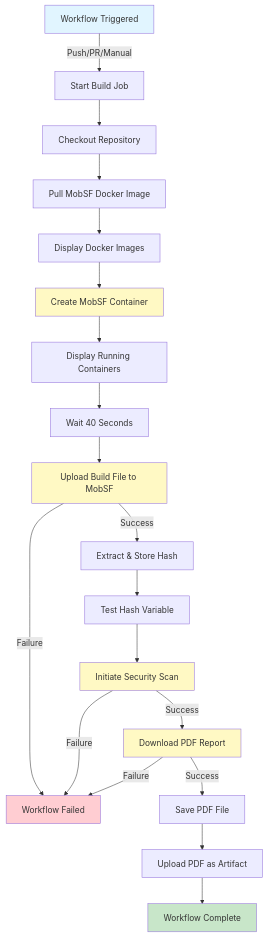
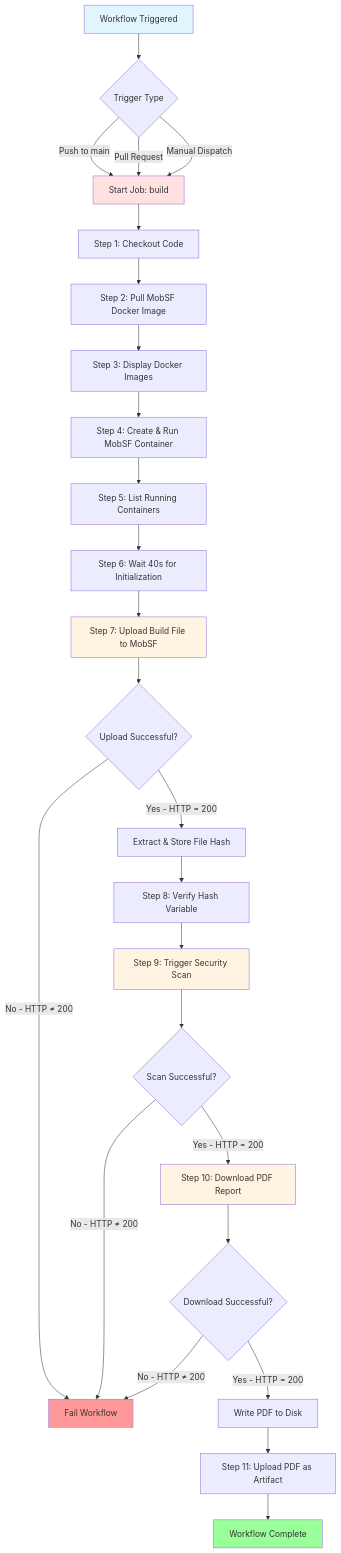
One commit to vinijmoura/yml-generate-documentation changed the second of 2 diagrams in docs/workflows/scan-build-mobsf.md. Above: the diagram before and after it, drawn with Mermaid. The commit also changed other lines of this file, not shown here.

Commit message:
docs: Refresh workflow documentation

````diff
--- a/docs/workflows/scan-build-mobsf.md
+++ b/docs/workflows/scan-build-mobsf.md
@@ -345,29 +355,41 @@
    ```mermaid
    flowchart TD
-       A[Workflow Triggered] -->|Push/PR/Manual| B[Start Build Job]
-       B --> C[Checkout Repository]
-       C --> D[Pull MobSF Docker Image]
-       D --> E[Display Docker Images]
-       E --> F[Create MobSF Container]
-       F --> G[Display Running Containers]
-       G --> H[Wait 40 Seconds]
-       H --> I[Upload Build File to MobSF]
-       I -->|Success| J[Extract & Store Hash]
-       I -->|Failure| Z[Workflow Failed]
-       J --> K[Test Hash Variable]
-       K --> L[Initiate Security Scan]
-       L -->|Success| M[Download PDF Report]
-       L -->|Failure| Z
-       M -->|Success| N[Save PDF File]
-       M -->|Failure| Z
-       N --> O[Upload PDF as Artifact]
-       O --> P[Workflow Complete]
+       A[Workflow Triggered] --> B{Trigger Type}
+       B -->|Push to main| C[Start Job: build]
+       B -->|Pull Request| C
+       B -->|Manual Dispatch| C
+
+       C --> D[Step 1: Checkout Code]
+       D --> E[Step 2: Pull MobSF Docker Image]
+       E --> F[Step 3: Display Docker Images]
+       F --> G[Step 4: Create & Run MobSF Container]
+       G --> H[Step 5: List Running Containers]
+       H --> I[Step 6: Wait 40s for Initialization]
+       I --> J[Step 7: Upload Build File to MobSF]
+
+       J --> K{Upload Successful?}
+       K -->|No - HTTP ≠ 200| L[Fail Workflow]
+       K -->|Yes - HTTP = 200| M[Extract & Store File Hash]
+
+       M --> N[Step 8: Verify Hash Variable]
+       N --> O[Step 9: Trigger Security Scan]
+
+       O --> P{Scan Successful?}
+       P -->|No - HTTP ≠ 200| L
+       P -->|Yes - HTTP = 200| Q[Step 10: Download PDF Report]
+
+       Q --> R{Download Successful?}
+       R -->|No - HTTP ≠ 200| L
+       R -->|Yes - HTTP = 200| S[Write PDF to Disk]
+
+       S --> T[Step 11: Upload PDF as Artifact]
+       T --> U[Workflow Complete]
 
        style A fill:#e1f5ff
-       style P fill:#c8e6c9
-       style Z fill:#ffcdd2
-       style F fill:#fff9c4
-       style I fill:#fff9c4
-       style L fill:#fff9c4
-       style M fill:#fff9c4
+       style C fill:#ffe1e1
+       style L fill:#ff9999
+       style U fill:#99ff99
+       style J fill:#fff4e1
+       style O fill:#fff4e1
+       style Q fill:#fff4e1
    ```
````
